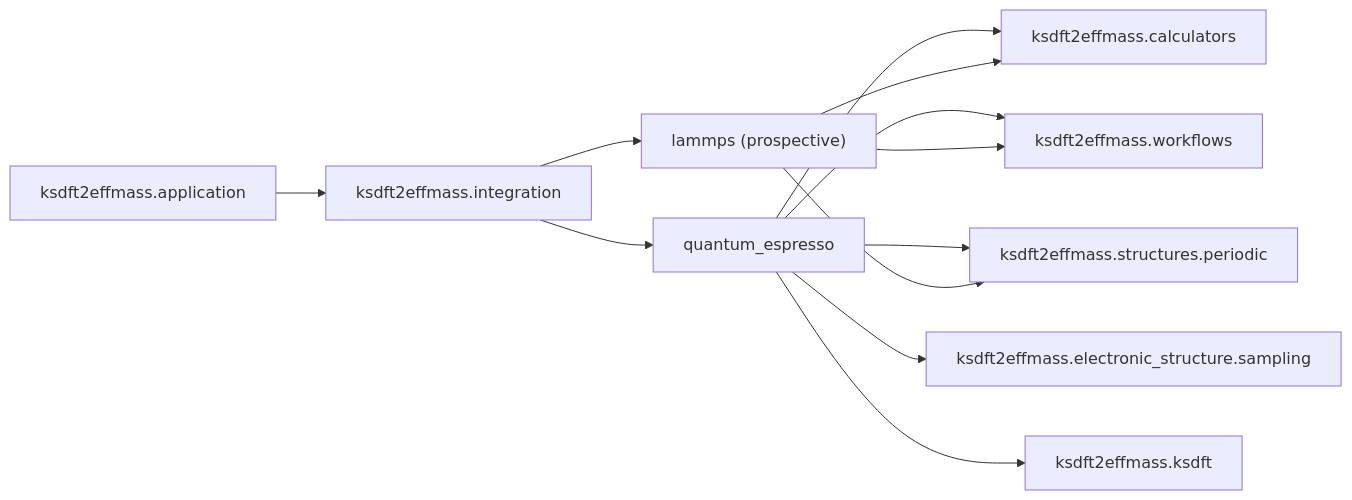
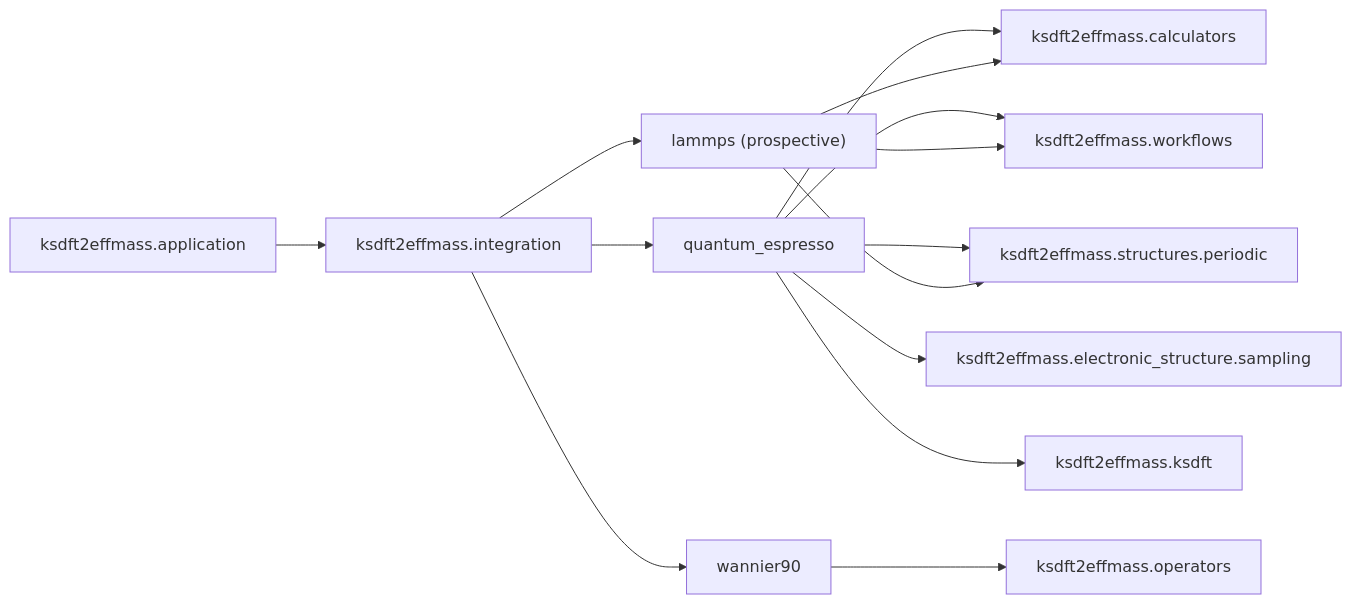
One commit to eragasa/ksdft2effmass changed the diagram in docs/architecture/v2/ksdft2effmass/integration/index.md. Above: the diagram before and after it, drawn with Mermaid. The commit also changed other lines of this file and 169 other files, not shown here.

````diff
--- a/docs/architecture/v2/ksdft2effmass/integration/index.md
+++ b/docs/architecture/v2/ksdft2effmass/integration/index.md
@@ -12,14 +14,16 @@
 ```mermaid
 flowchart LR
     app["ksdft2effmass.application"] --> integration["ksdft2effmass.integration"]
     integration --> qe["quantum_espresso"]
+    integration --> wannier90["wannier90"]
     integration --> lammps["lammps (prospective)"]
     qe --> calculators["ksdft2effmass.calculators"]
     qe --> workflows["ksdft2effmass.workflows"]
     qe --> structures["ksdft2effmass.structures.periodic"]
     qe --> sampling["ksdft2effmass.electronic_structure.sampling"]
     qe --> ksdft["ksdft2effmass.ksdft"]
+    wannier90 --> operators["ksdft2effmass.operators"]
     lammps --> calculators
     lammps --> workflows
     lammps --> structures
 ```
````
